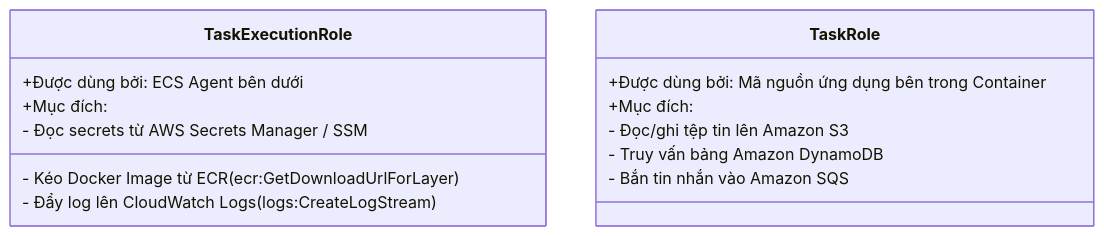
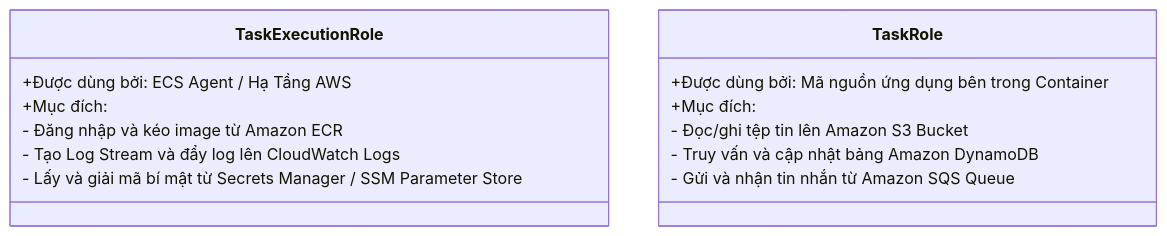
Before and after one commit to nhatphanhk/AWS_XBrain_Note: the second of 3 diagrams in AWS_Services/ECS_Fargate_Containers.md, drawn with Mermaid. The commit also changed other lines of this file and 15 other files, not shown here.

````diff
--- a/AWS_Services/ECS_Fargate_Containers.md
+++ b/AWS_Services/ECS_Fargate_Containers.md
@@ -56,17 +59,17 @@
 ```mermaid
 classDiagram
     class TaskExecutionRole {
-        +Được dùng bởi: ECS Agent bên dưới
+        +Được dùng bởi: ECS Agent / Hạ Tầng AWS
         +Mục đích:
-        - Kéo Docker Image từ ECR (ecr:GetDownloadUrlForLayer)
-        - Đẩy log lên CloudWatch Logs (logs:CreateLogStream)
-        - Đọc secrets từ AWS Secrets Manager / SSM
+        - Đăng nhập và kéo image từ Amazon ECR
+        - Tạo Log Stream và đẩy log lên CloudWatch Logs
+        - Lấy và giải mã bí mật từ Secrets Manager / SSM Parameter Store
     }
     class TaskRole {
         +Được dùng bởi: Mã nguồn ứng dụng bên trong Container
         +Mục đích:
-        - Đọc/ghi tệp tin lên Amazon S3
-        - Truy vấn bảng Amazon DynamoDB
-        - Bắn tin nhắn vào Amazon SQS
+        - Đọc/ghi tệp tin lên Amazon S3 Bucket
+        - Truy vấn và cập nhật bảng Amazon DynamoDB
+        - Gửi và nhận tin nhắn từ Amazon SQS Queue
     }
 ```
````
